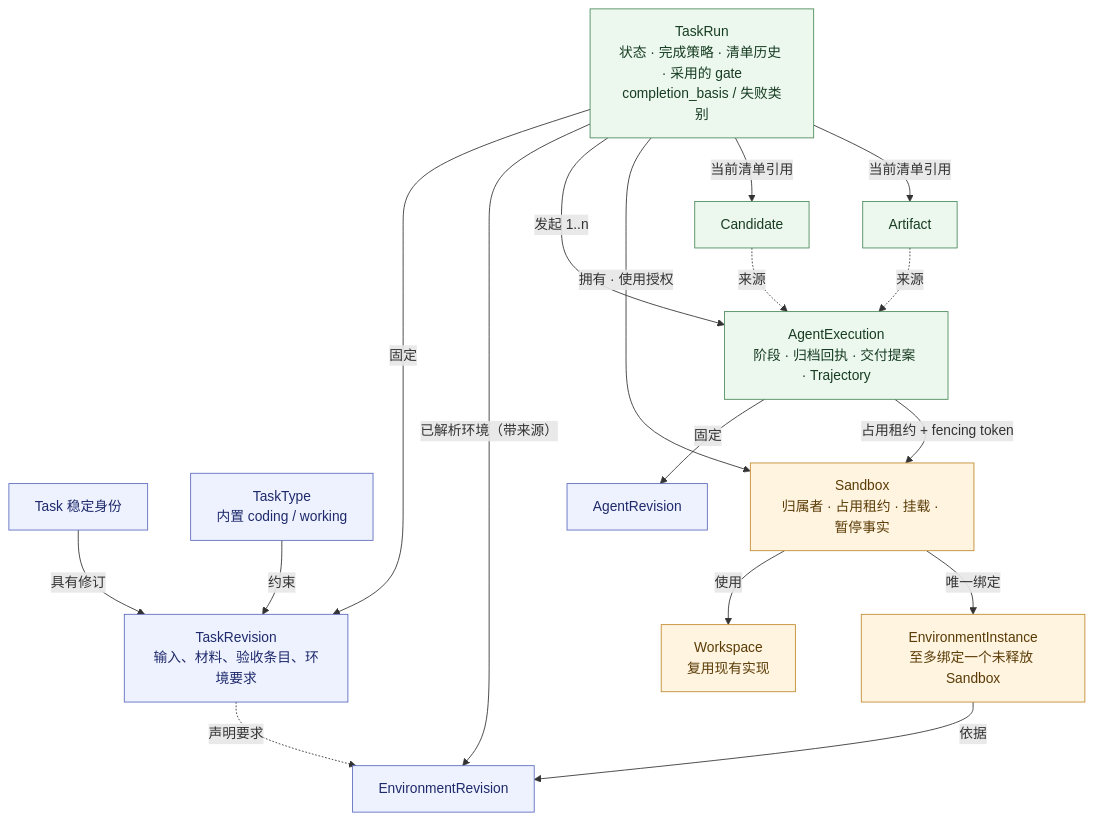
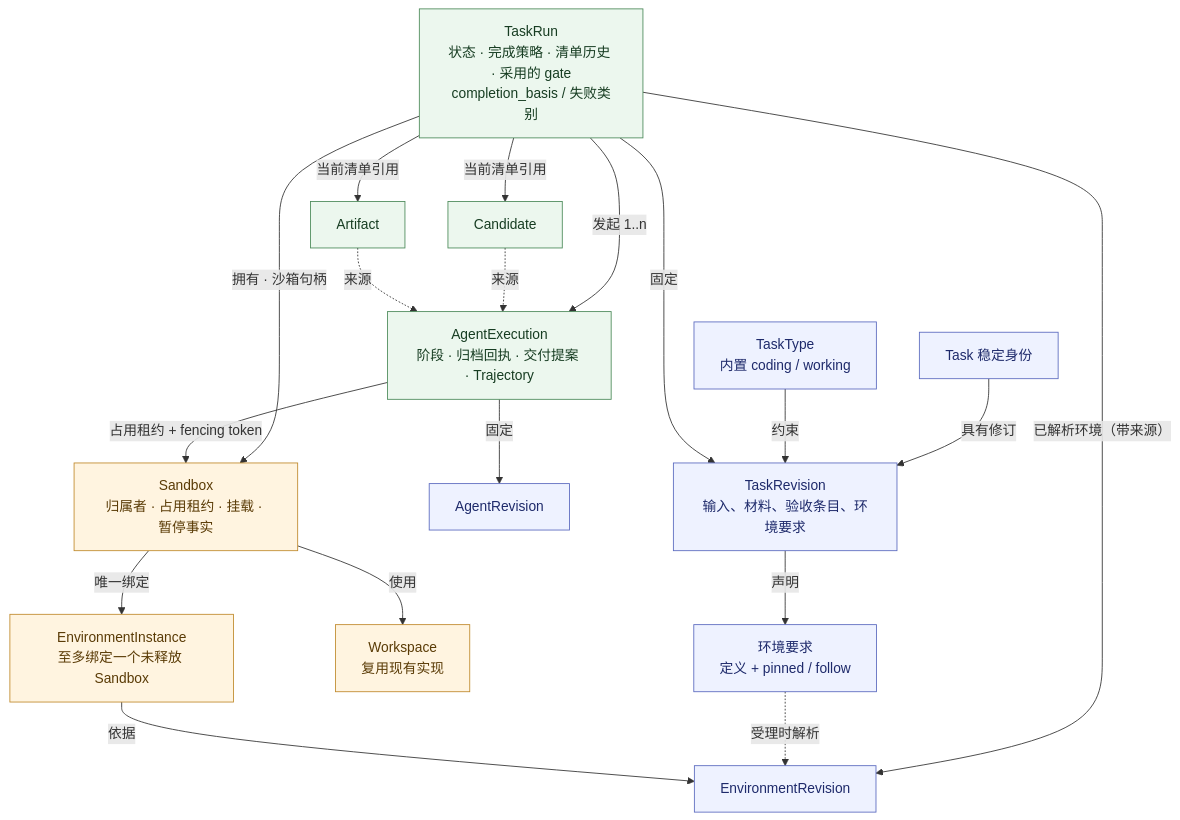
Before and after one commit to MaybeLL/Ground: the diagram in docs/assets/r1-domain-run.mmd, drawn with Mermaid. The commit also changed 11 other files, not shown here.

```diff
--- a/docs/assets/r1-domain-run.mmd
+++ b/docs/assets/r1-domain-run.mmd
@@ -1,23 +1,24 @@
 flowchart TB
   T[Task 稳定身份] -->|具有修订| TR[TaskRevision<br/>输入、材料、验收条目、环境要求]
   TT[TaskType<br/>内置 coding / working] -->|约束| TR
   RN[TaskRun<br/>状态 · 完成策略 · 清单历史 · 采用的 gate<br/>completion_basis / 失败类别] -->|固定| TR
+  TR -->|声明| REQ[环境要求<br/>定义 + pinned / follow]
   RN -->|已解析环境（带来源）| ENR[EnvironmentRevision]
-  TR -.->|声明要求| ENR
+  REQ -.->|受理时解析| ENR
   RN -->|发起 1..n| AX[AgentExecution<br/>阶段 · 归档回执 · 交付提案 · Trajectory]
   AX -->|固定| AR[AgentRevision]
-  RN -->|拥有 · 使用授权| SBX[Sandbox<br/>归属者 · 占用租约 · 挂载 · 暂停事实]
+  RN -->|拥有 · 沙箱句柄| SBX[Sandbox<br/>归属者 · 占用租约 · 挂载 · 暂停事实]
   AX -->|占用租约 + fencing token| SBX
   SBX -->|使用| WS[Workspace<br/>复用现有实现]
   SBX -->|唯一绑定| EI[EnvironmentInstance<br/>至多绑定一个未释放 Sandbox]
   EI -->|依据| ENR
   RN -->|当前清单引用| C[Candidate]
   RN -->|当前清单引用| A[Artifact]
   C -.->|来源| AX
   A -.->|来源| AX
   classDef def fill:#eef2ff,stroke:#5b6abf,color:#1e2a6b;
   classDef fact fill:#ecf7ee,stroke:#4c8a5a,color:#173d22;
   classDef res fill:#fff4e0,stroke:#c08a2d,color:#5a3b06;
-  class T,TT,TR,ENR,AR def;
+  class T,TT,TR,ENR,AR,REQ def;
   class RN,AX,C,A fact;
   class SBX,WS,EI res;
```
